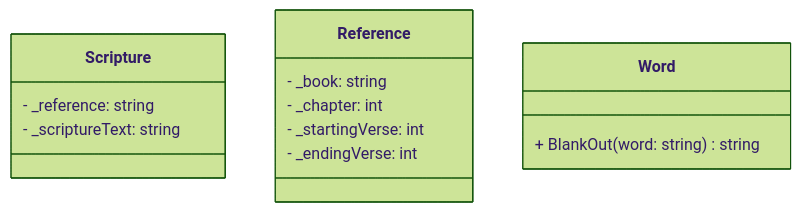
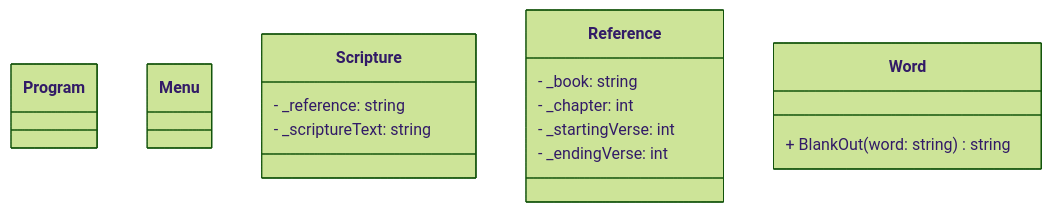
The diagram in prove/Develop03/README.md (parkerd3/CSE_2.electric_boogaloo), drawn with Mermaid (forest theme) before and after one commit. The commit also changed 14 other files, not shown here.

````diff
--- a/prove/Develop03/README.md
+++ b/prove/Develop03/README.md
@@ -25,17 +23,26 @@
 ```mermaid
 classDiagram
+    class Program {
+
+    }
+    class Menu {
+        
+    }
     class Scripture {
         - _reference: string
         - _scriptureText: string
     }
     class Reference {
         - _book: string
         - _chapter: int
         - _startingVerse: int
         - _endingVerse: int
     }
     class Word {
         + BlankOut(word: string) string
         
     }
+    class Menu {
+
+    }
 ```
````
